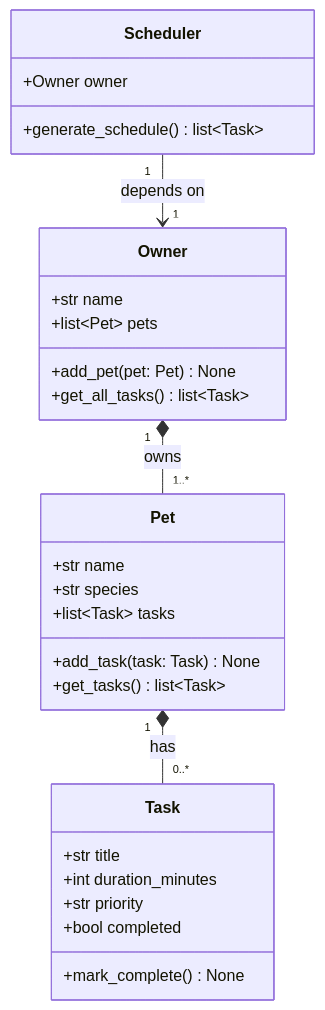
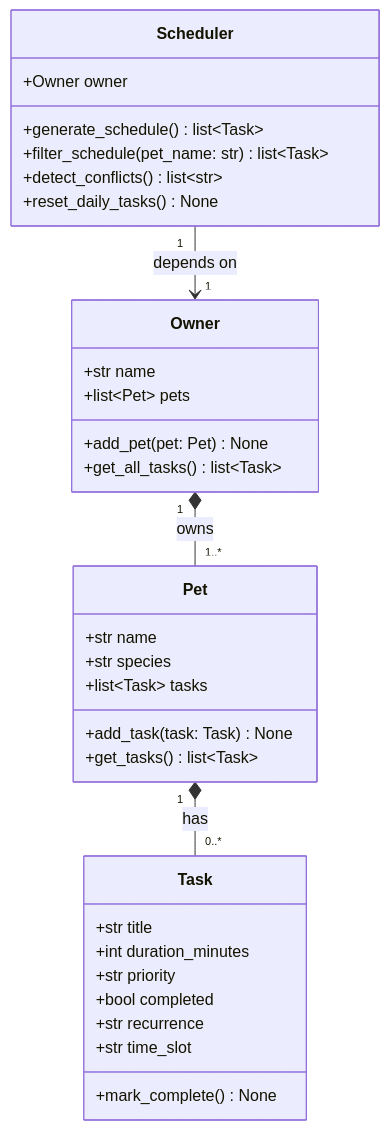
Before and after one commit to AreebEhsan/PawPal: the diagram in reflection.md, drawn with Mermaid. The commit also changed other lines of this file and 3 other files, not shown here.

````diff
--- a/reflection.md
+++ b/reflection.md
@@ -36,34 +36,39 @@
 ```mermaid
 classDiagram
     class Task {
         +str title
         +int duration_minutes
         +str priority
         +bool completed
+        +str recurrence
+        +str time_slot
         +mark_complete() None
     }
 
     class Pet {
         +str name
         +str species
         +list~Task~ tasks
         +add_task(task: Task) None
         +get_tasks() list~Task~
     }
 
     class Owner {
         +str name
         +list~Pet~ pets
         +add_pet(pet: Pet) None
         +get_all_tasks() list~Task~
     }
 
     class Scheduler {
         +Owner owner
         +generate_schedule() list~Task~
+        +filter_schedule(pet_name: str) list~Task~
+        +detect_conflicts() list~str~
+        +reset_daily_tasks() None
     }
 
     Owner "1" *-- "1..*" Pet : owns
     Pet "1" *-- "0..*" Task : has
     Scheduler "1" --> "1" Owner : depends on
 ```
````
